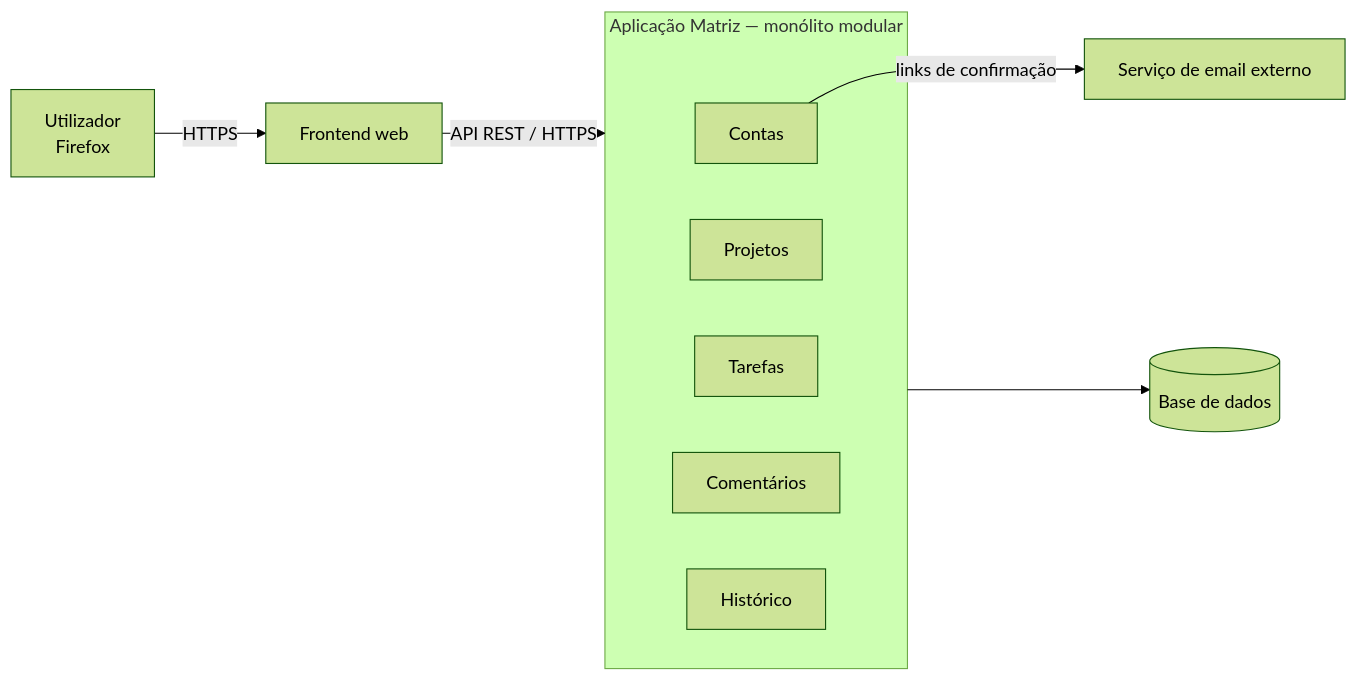
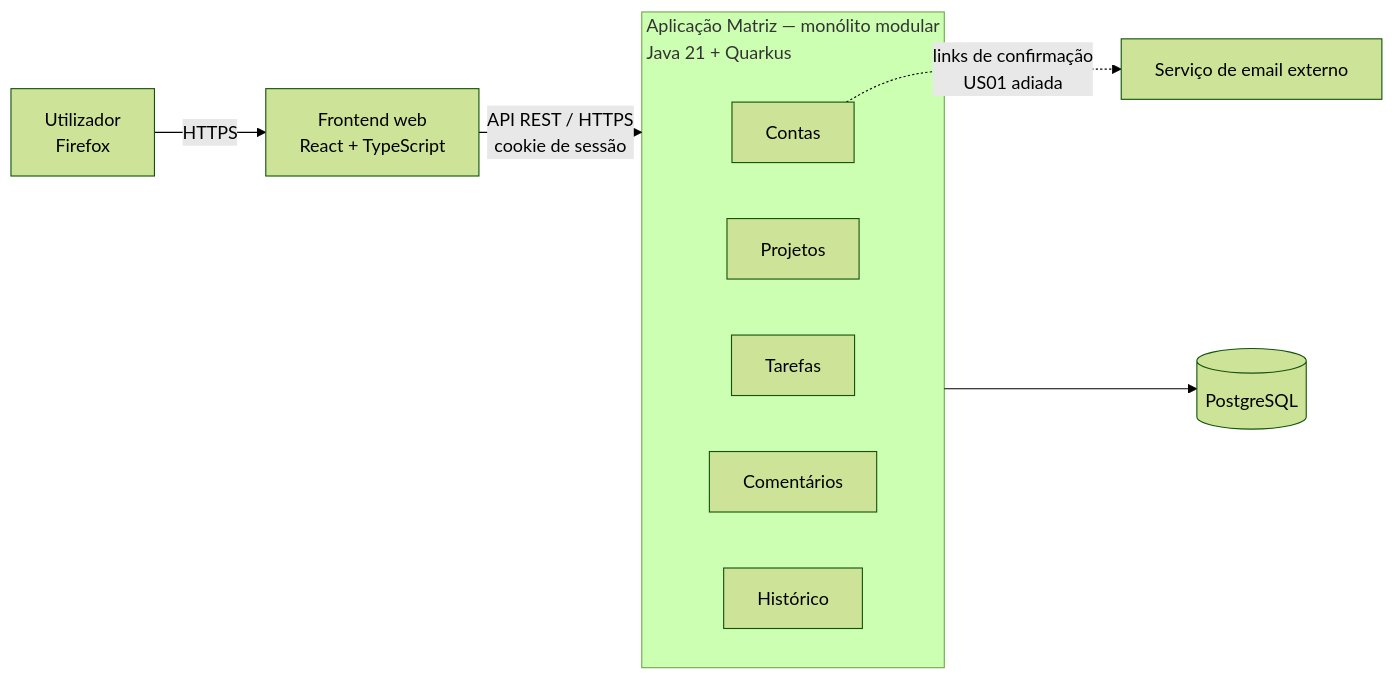
Before and after one commit to jmariz-costa/ESMAD-Matriz: the diagram in docs/architecture.md, drawn with Mermaid (forest theme). The commit also changed other lines of this file and 14 other files, not shown here.

````diff
--- a/docs/architecture.md
+++ b/docs/architecture.md
@@ -51,16 +53,16 @@
 ```mermaid
 flowchart LR
-    U[Utilizador<br/>Firefox] -->|HTTPS| FE[Frontend web]
-    FE -->|API REST / HTTPS| BE
+    U[Utilizador<br/>Firefox] -->|HTTPS| FE[Frontend web<br/>React + TypeScript]
+    FE -->|API REST / HTTPS<br/>cookie de sessão| BE
 
-    subgraph BE[Aplicação Matriz — monólito modular]
+    subgraph BE[Aplicação Matriz — monólito modular<br/>Java 21 + Quarkus]
         C[Contas]
         P[Projetos]
         T[Tarefas]
         CM[Comentários]
         H[Histórico]
     end
 
-    BE --> DB[(Base de dados)]
-    C -->|links de confirmação| EM[Serviço de email externo]
+    BE --> DB[(PostgreSQL)]
+    C -.->|links de confirmação<br/>US01 adiada| EM[Serviço de email externo]
 ```
````
